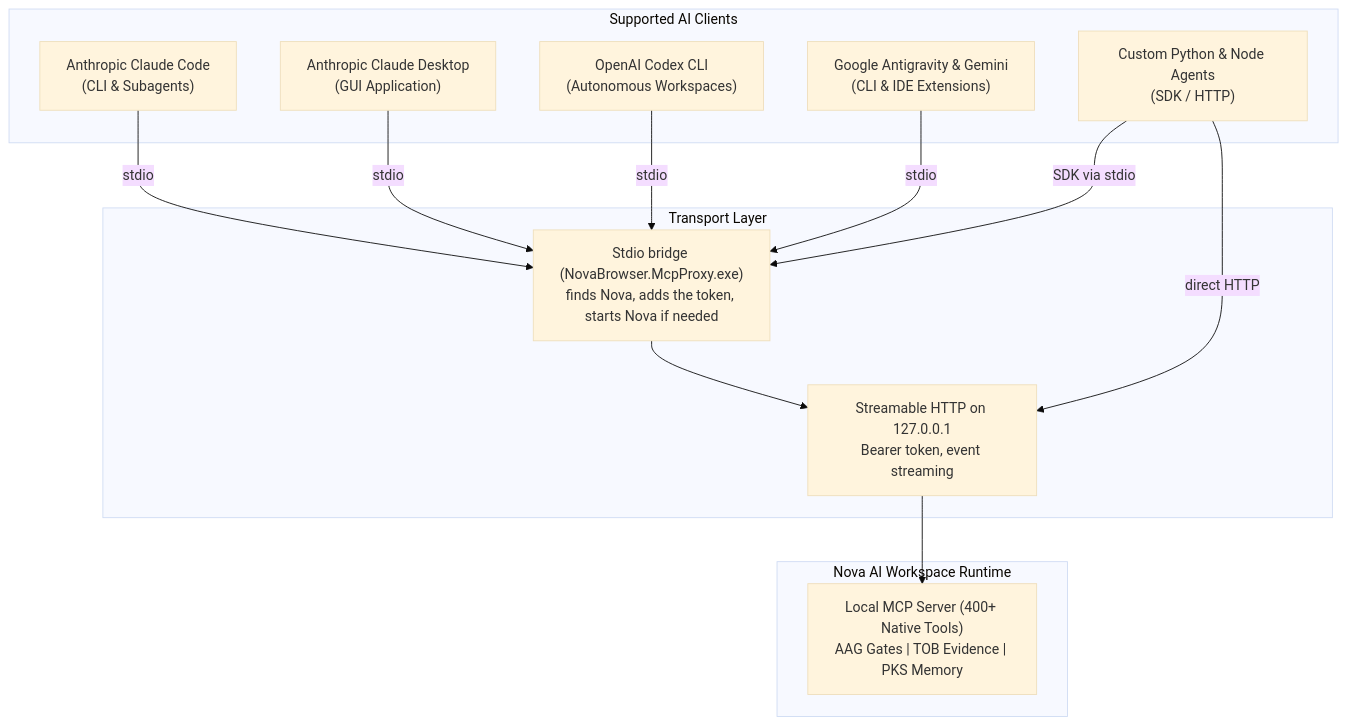
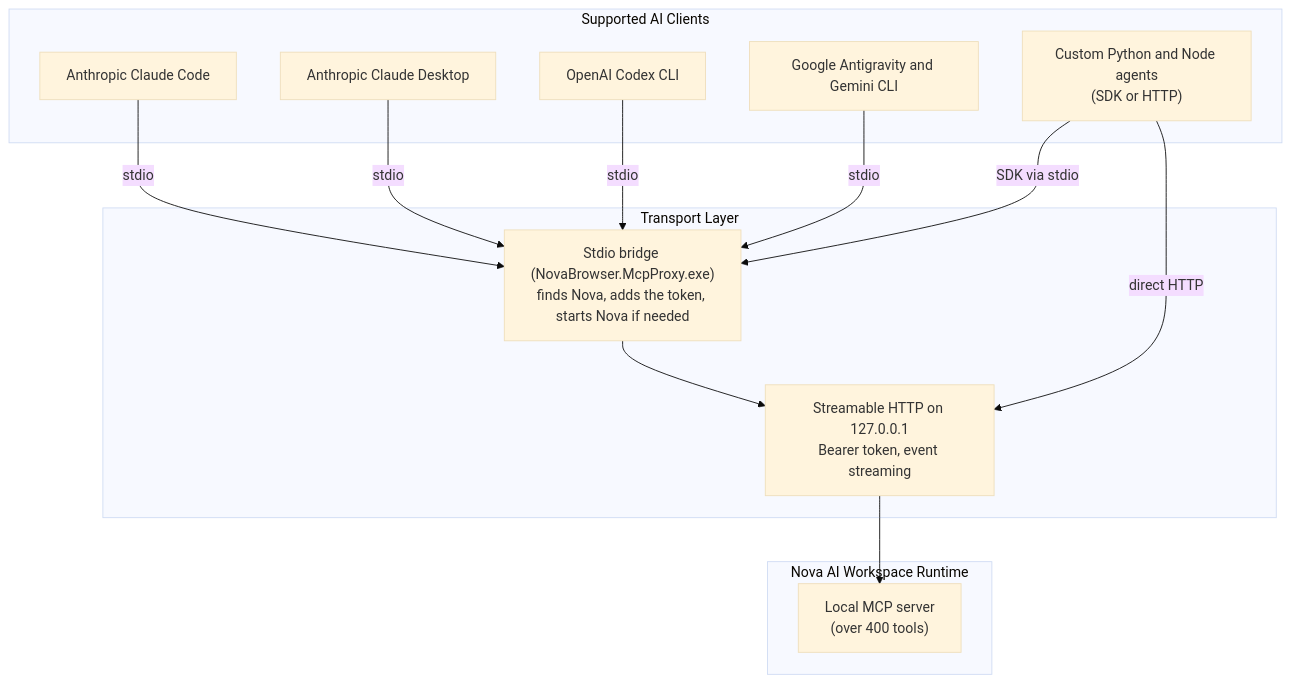
One commit to joelaniol/nova changed the diagram in docs/integration/README.md. Above: the diagram before and after it, drawn with Mermaid (base theme). The commit also changed other lines of this file and 495 other files, not shown here.

````diff
--- a/docs/integration/README.md
+++ b/docs/integration/README.md
@@ -11,29 +11,29 @@
 ```mermaid
 flowchart TD
     subgraph Clients["Supported AI Clients"]
-        CC["Anthropic Claude Code<br>(CLI & Subagents)"]
-        CD["Anthropic Claude Desktop<br>(GUI Application)"]
-        Codex["OpenAI Codex CLI<br>(Autonomous Workspaces)"]
-        AGY["Google Antigravity & Gemini<br>(CLI & IDE Extensions)"]
-        Custom["Custom Python & Node Agents<br>(SDK / HTTP)"]
+        CC["Anthropic Claude Code"]
+        CD["Anthropic Claude Desktop"]
+        Codex["OpenAI Codex CLI"]
+        AGY["Google Antigravity and Gemini CLI"]
+        Custom["Custom Python and Node agents<br>(SDK or HTTP)"]
     end
 
     subgraph Transports["Transport Layer"]
         Stdio["Stdio bridge (NovaBrowser.McpProxy.exe)<br>finds Nova, adds the token, starts Nova if needed"]
         Http["Streamable HTTP on 127.0.0.1<br>Bearer token, event streaming"]
     end
 
     subgraph Server["Nova AI Workspace Runtime"]
-        Core["Local MCP Server (400+ Native Tools)<br>AAG Gates | TOB Evidence | PKS Memory"]
+        Core["Local MCP server<br>(over 400 tools)"]
     end
 
     CC -->|stdio| Stdio
     CD -->|stdio| Stdio
     Codex -->|stdio| Stdio
     AGY -->|stdio| Stdio
     Custom -->|SDK via stdio| Stdio
     Custom -->|direct HTTP| Http
 
     Stdio --> Http
     Http --> Core
 ```
````
